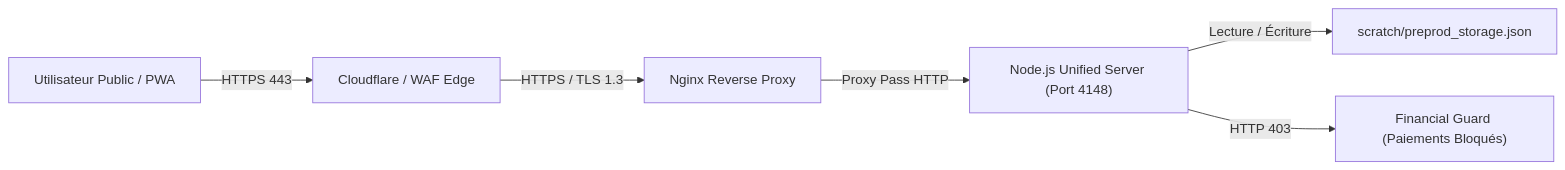
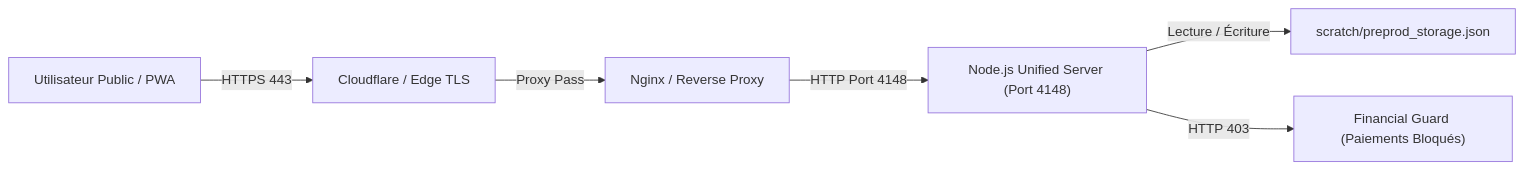
The diagram in BETA_PUBLIC_INFRASTRUCTURE_REQUIREMENTS.md (camerokuassi4-ai/switch), drawn with Mermaid before and after one commit. The commit also changed other lines of this file, not shown here.

````diff
--- a/BETA_PUBLIC_INFRASTRUCTURE_REQUIREMENTS.md
+++ b/BETA_PUBLIC_INFRASTRUCTURE_REQUIREMENTS.md
@@ -9,8 +27,8 @@
 ```mermaid
 graph LR
-    User["Utilisateur Public / PWA"] -->|HTTPS 443| Cloudflare["Cloudflare / WAF Edge"]
-    Cloudflare -->|HTTPS / TLS 1.3| Nginx["Nginx Reverse Proxy"]
-    Nginx -->|Proxy Pass HTTP| NodeServer["Node.js Unified Server (Port 4148)"]
+    User["Utilisateur Public / PWA"] -->|HTTPS 443| Edge["Cloudflare / Edge TLS"]
+    Edge -->|Proxy Pass| ReverseProxy["Nginx / Reverse Proxy"]
+    ReverseProxy -->|HTTP Port 4148| NodeServer["Node.js Unified Server (Port 4148)"]
     NodeServer -->|Lecture / Écriture| JSONStore["scratch/preprod_storage.json"]
     NodeServer -->|HTTP 403| FinShield["Financial Guard (Paiements Bloqués)"]
 ```
````
